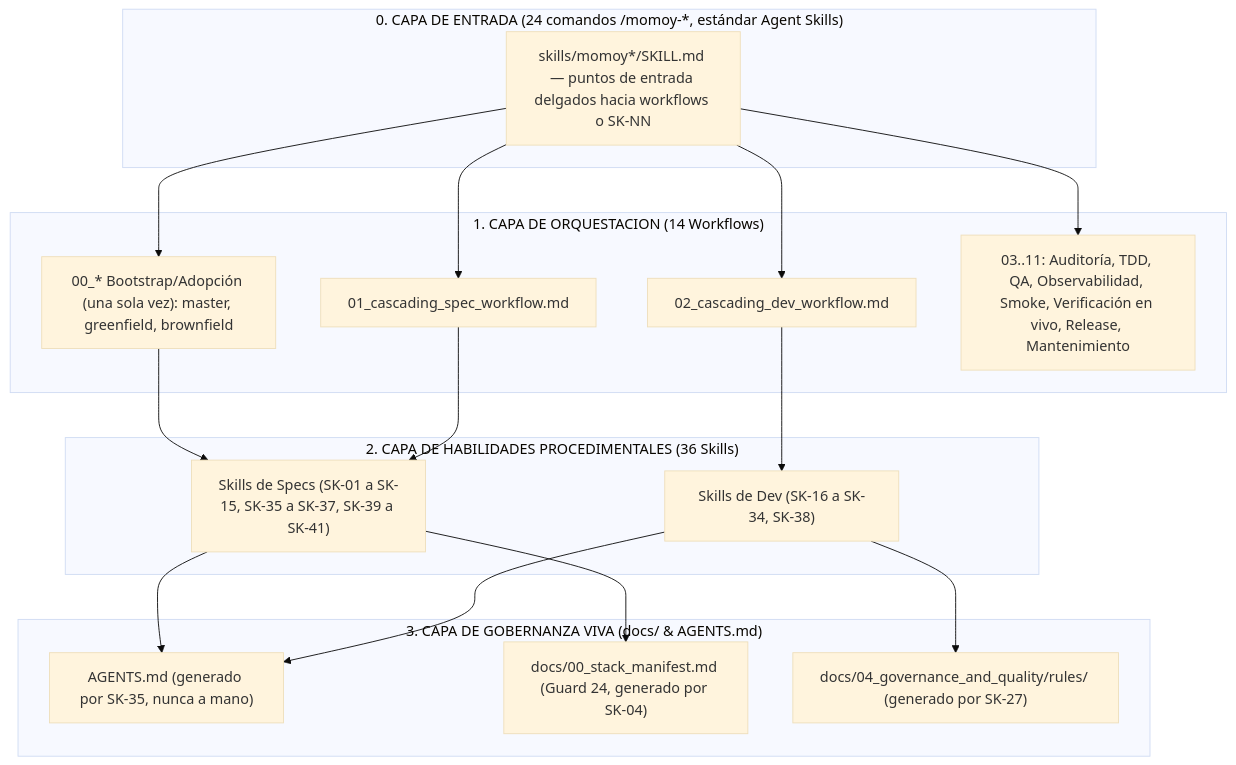
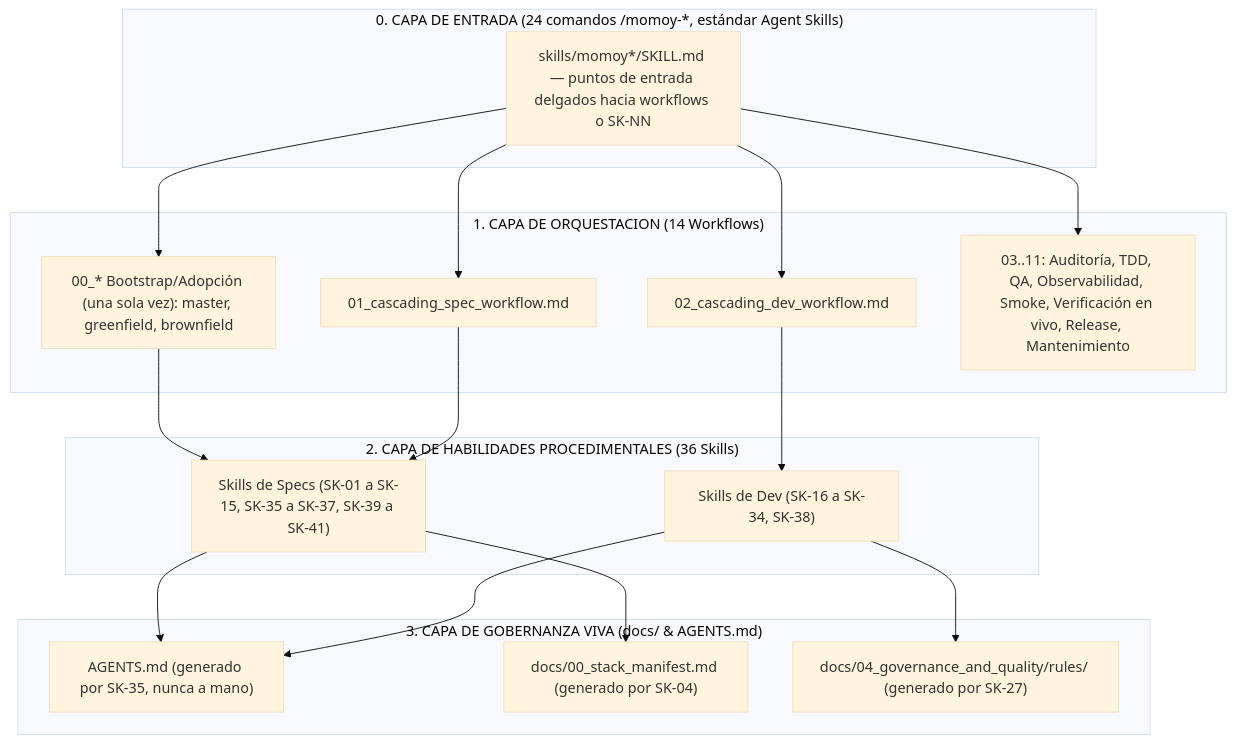
The diagram in .agents/README.md (lacruzjd/AI4Devs-finalproject), drawn with Mermaid (base theme) before and after one commit. The commit also changed other lines of this file and 30 other files, not shown here.

````diff
--- a/.agents/README.md
+++ b/.agents/README.md
@@ -55,36 +55,36 @@
 ```mermaid
 flowchart TD
     subgraph CAPA0 ["0. CAPA DE ENTRADA (24 comandos /momoy-*, estándar Agent Skills)"]
         CMD["skills/momoy*/SKILL.md — puntos de entrada delgados hacia workflows o SK-NN"]
     end
 
     subgraph CAPA1 ["1. CAPA DE ORQUESTACION (14 Workflows)"]
         W00["00_* Bootstrap/Adopción (una sola vez): master, greenfield, brownfield"]
         W01["01_cascading_spec_workflow.md"]
         W02["02_cascading_dev_workflow.md"]
         W0X["03..11: Auditoría, TDD, QA, Observabilidad, Smoke, Verificación en vivo, Release, Mantenimiento"]
     end
 
     subgraph CAPA2 ["2. CAPA DE HABILIDADES PROCEDIMENTALES (36 Skills)"]
         S_Spec["Skills de Specs (SK-01 a SK-15, SK-35 a SK-37, SK-39 a SK-41)"]
         S_Dev["Skills de Dev (SK-16 a SK-34, SK-38)"]
     end
 
     subgraph CAPA3 ["3. CAPA DE GOBERNANZA VIVA (docs/ & AGENTS.md)"]
         AGENTS["AGENTS.md (generado por SK-35, nunca a mano)"]
-        StackManifest["docs/00_stack_manifest.md (Guard 24, generado por SK-04)"]
+        StackManifest["docs/00_stack_manifest.md (generado por SK-04)"]
         Rules["docs/04_governance_and_quality/rules/ (generado por SK-27)"]
     end
 
     CMD --> W00
     CMD --> W01
     CMD --> W02
     CMD --> W0X
     W00 --> S_Spec
     W01 --> S_Spec
     W02 --> S_Dev
     S_Spec --> AGENTS
     S_Spec --> StackManifest
     S_Dev --> AGENTS
     S_Dev --> Rules
 ```
````
